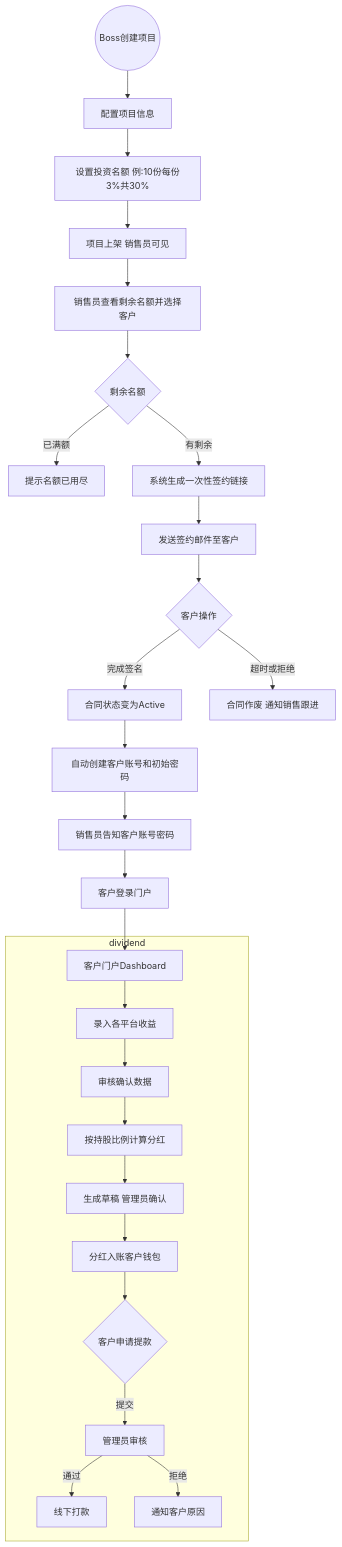
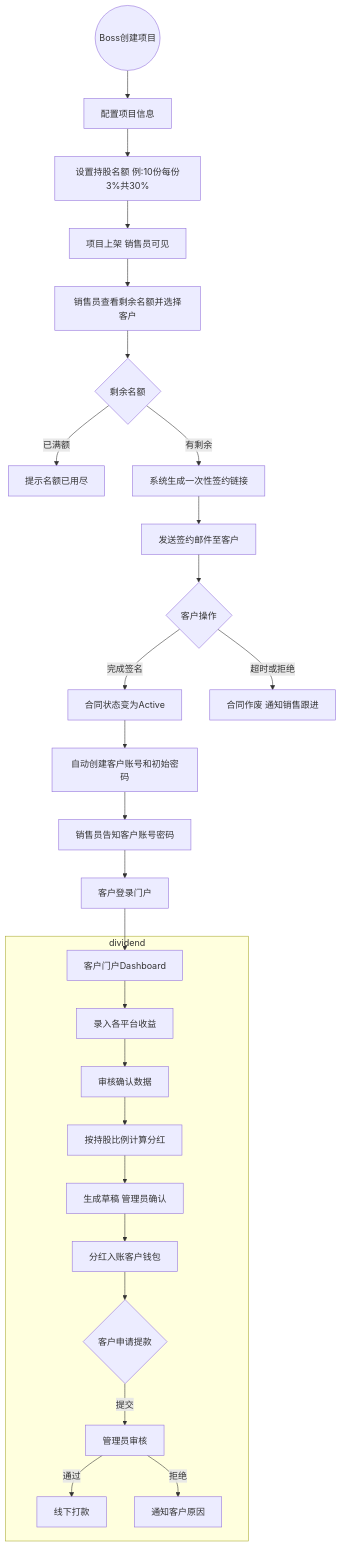
The second of 8 diagrams in ShareFlow 短视频持股分红平台设计文档.md (wangzeping114/shareflow), drawn with Mermaid before and after one commit. The commit also changed other lines of this file and 9 other files, not shown here.

````diff
--- a/ShareFlow 短视频持股分红平台设计文档.md
+++ b/ShareFlow 短视频持股分红平台设计文档.md
@@ -142,30 +143,30 @@
 ```mermaid
 graph TD
     A((Boss创建项目)) --> B[配置项目信息]
-    B --> B2[设置投资名额 例:10份每份3%共30%]
+    B --> B2[设置持股名额 例:10份每份3%共30%]
     B2 --> C[项目上架 销售员可见]
     C --> D[销售员查看剩余名额并选择客户]
     D --> D2{剩余名额}
     D2 -->|已满额| D3[提示名额已用尽]
     D2 -->|有剩余| E[系统生成一次性签约链接]
     E --> F[发送签约邮件至客户]
     F --> G{客户操作}
     G -->|完成签名| H[合同状态变为Active]
     G -->|超时或拒绝| I[合同作废 通知销售跟进]
     H --> J[自动创建客户账号和初始密码]
     J --> K[销售员告知客户账号密码]
     K --> L[客户登录门户]
     L --> M[客户门户Dashboard]
 
     subgraph dividend
     M --> N[录入各平台收益]
     N --> O[审核确认数据]
     O --> P[按持股比例计算分红]
     P --> Q[生成草稿 管理员确认]
     Q --> R[分红入账客户钱包]
     R --> S{客户申请提款}
     S -->|提交| T[管理员审核]
     T -->|通过| U[线下打款]
     T -->|拒绝| V[通知客户原因]
     end
 ```
````
